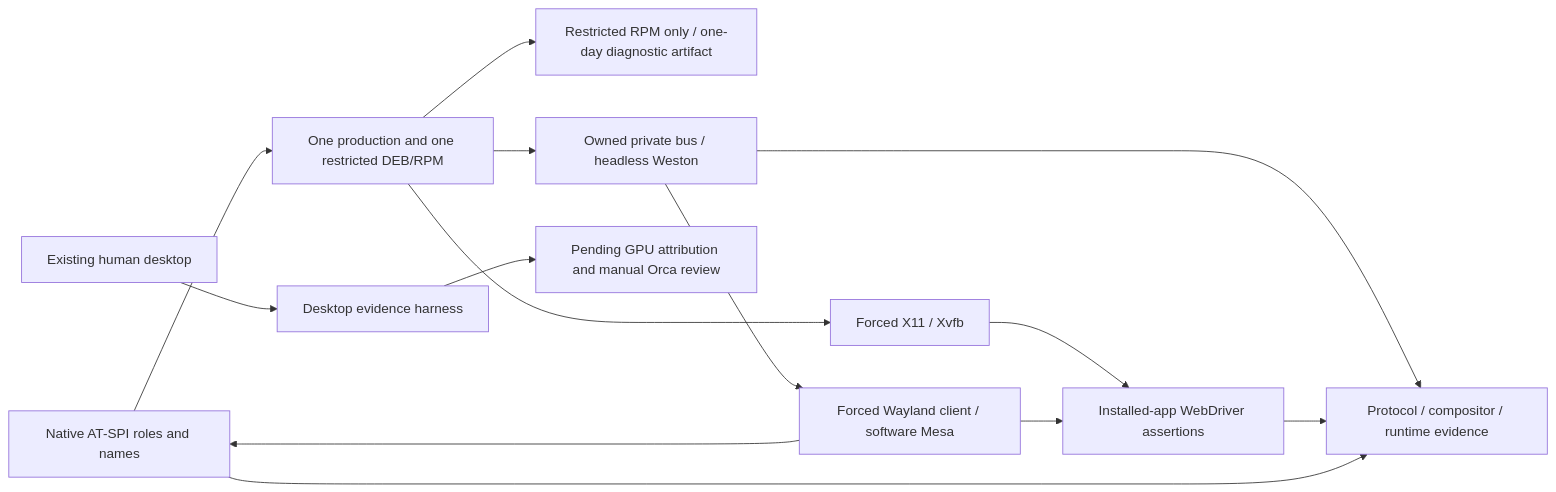
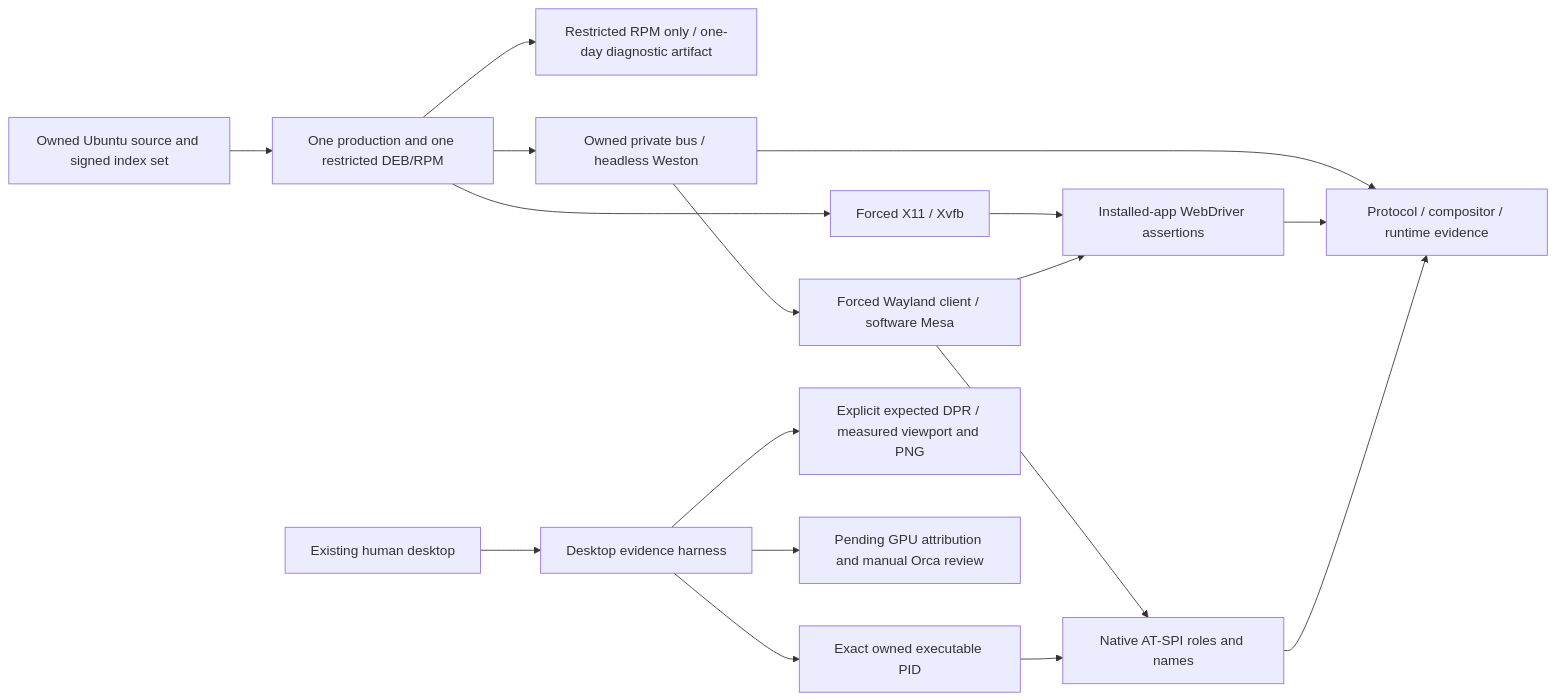
Diagram 13 of 17 in docs/architecture.md (kmosoti/rust-ui-template), drawn with Mermaid before and after one commit. The commit also changed other lines of this file and 34 other files, not shown here.

First line of the commit message:
fix(native): scope desktop accessibility evidence to owned app

````diff
--- a/docs/architecture.md
+++ b/docs/architecture.md
@@ -333,16 +333,19 @@
 ```mermaid
 flowchart LR
   A[Owned Ubuntu source and signed index set] --> P[One production and one restricted DEB/RPM]
   P --> F[Restricted RPM only / one-day diagnostic artifact]
   P --> X[Forced X11 / Xvfb]
   P --> W[Owned private bus / headless Weston]
   W --> C[Forced Wayland client / software Mesa]
   X --> N[Installed-app WebDriver assertions]
   C --> N
-  C --> A[Native AT-SPI roles and names]
+  C --> Access[Native AT-SPI roles and names]
   W --> E[Protocol / compositor / runtime evidence]
   N --> E
-  A --> E
+  Access --> E
   H[Existing human desktop] --> D[Desktop evidence harness]
+  D --> Pid[Exact owned executable PID]
+  Pid --> Access
+  D --> Scale[Explicit expected DPR / measured viewport and PNG]
   D --> M[Pending GPU attribution and manual Orca review]
 ```
````
